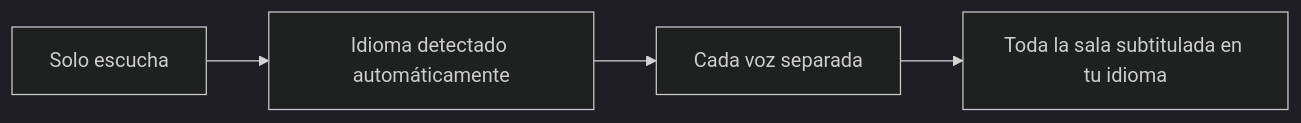
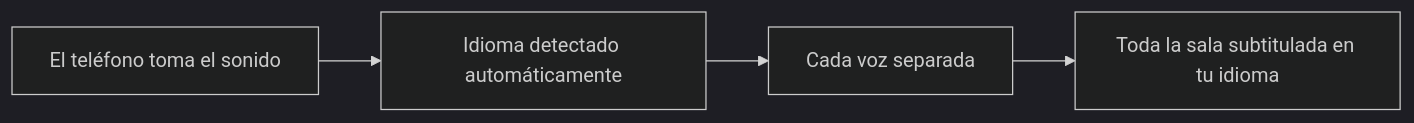
One commit to rpalm01-star/VigilantEarLegal changed the first of 4 diagrams in README_es.md. Above: the diagram before and after it, drawn with Mermaid (dark theme). The commit also changed other lines of this file and 14 other files, not shown here.

````diff
--- a/README_es.md
+++ b/README_es.md
@@ -73,4 +82,4 @@
 ```mermaid
 graph LR
-    A["Solo escucha"] --> B["Idioma detectado automáticamente"] --> C["Cada voz separada"] --> D["Toda la sala subtitulada en tu idioma"]
+    A["El teléfono toma el sonido"] --> B["Idioma detectado automáticamente"] --> C["Cada voz separada"] --> D["Toda la sala subtitulada en tu idioma"]
 ```
````
